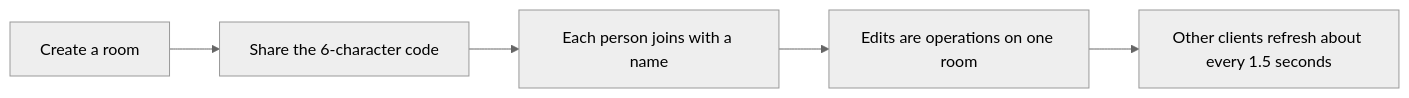
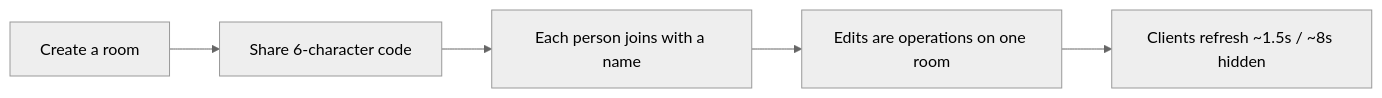
One commit to RifqiMT/pm-collaboration changed the diagram in docs/product.md. Above: the diagram before and after it, drawn with Mermaid (neutral theme). The commit also changed other lines of this file and 41 other files, not shown here.

````diff
--- a/docs/product.md
+++ b/docs/product.md
@@ -72,7 +117,7 @@
 ```mermaid
 flowchart LR
-  create[Create a room] --> code[Share the 6-character code]
+  create[Create a room] --> code[Share 6-character code]
   code --> join[Each person joins with a name]
   join --> edit[Edits are operations on one room]
-  edit --> poll[Other clients refresh about every 1.5 seconds]
+  edit --> poll[Clients refresh ~1.5s / ~8s hidden]
 ```
````
